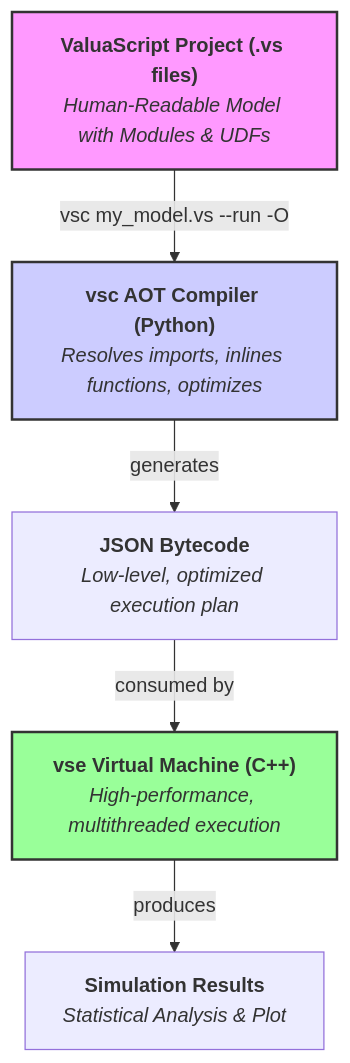
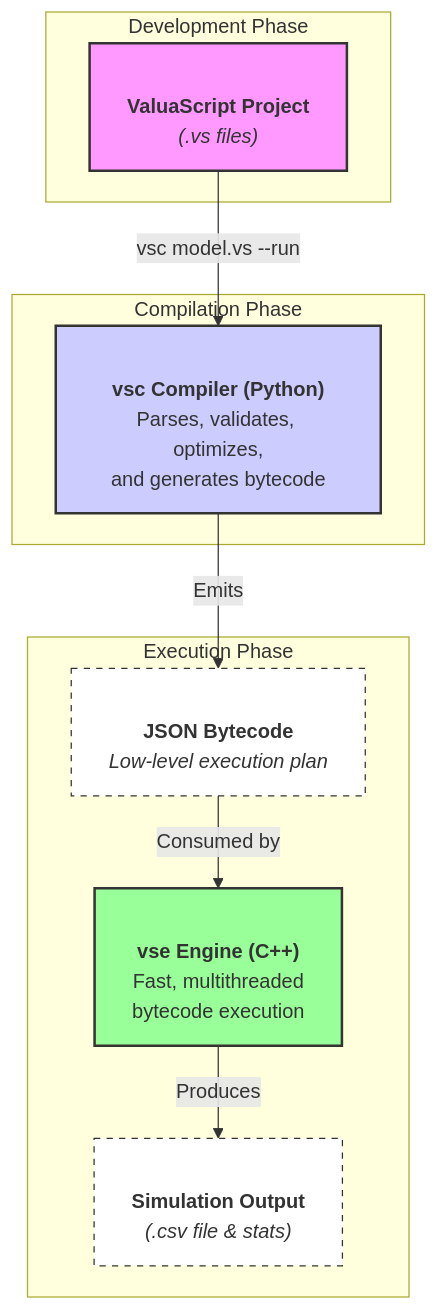
The diagram in README.md (Alessio2704/monte-carlo-simulator), drawn with Mermaid before and after one commit. The commit also changed other lines of this file and 2 other files, not shown here.

Commit message:
feat(compiler): Live preview is now 5000 trials

````diff
--- a/README.md
+++ b/README.md
@@ -49,11 +51,25 @@
 ```mermaid
-graph TD;
-    A["<b>ValuaScript Project (.vs files)</b><br/><i>Human-Readable Model with Modules & UDFs</i>"] -- "vsc my_model.vs --run -O" --> B["<b>vsc AOT Compiler (Python)</b><br/><i>Resolves imports, inlines functions, optimizes</i>"];
-    B -- generates --> C["<b>JSON Bytecode</b><br/><i>Low-level, optimized execution plan</i>"];
-    C -- consumed by --> D["<b>vse Virtual Machine (C++)</b><br/><i>High-performance, multithreaded execution</i>"];
-    D -- produces --> E["<b>Simulation Results</b><br/><i>Statistical Analysis & Plot</i>"];
+graph TD
+    subgraph "Development Phase"
+        A["<br/><b>ValuaScript Project</b><br/><i>(.vs files)</i>"]
+    end
+    subgraph "Compilation Phase"
+        B["<br/><b>vsc Compiler (Python)</b><br/>Parses, validates, optimizes,<br/>and generates bytecode"]
+    end
+    subgraph "Execution Phase"
+        C["<br/><b>JSON Bytecode</b><br/><i>Low-level execution plan</i>"]
+        D["<br/><b>vse Engine (C++)</b><br/>Fast, multithreaded<br/>bytecode execution"]
+        E["<br/><b>Simulation Output</b><br/><i>(.csv file & stats)</i>"]
+    end
+
+    A -- "vsc model.vs --run" --> B
+    B -- Emits --> C
+    C -- Consumed by --> D
+    D -- Produces --> E
 
     style A fill:#f9f,stroke:#333,stroke-width:2px
     style B fill:#ccf,stroke:#333,stroke-width:2px
     style D fill:#9f9,stroke:#333,stroke-width:2px
+    style C fill:#fff,stroke:#333,stroke-width:1px,stroke-dasharray: 5 5
+    style E fill:#fff,stroke:#333,stroke-width:1px,stroke-dasharray: 5 5
 ```
````
